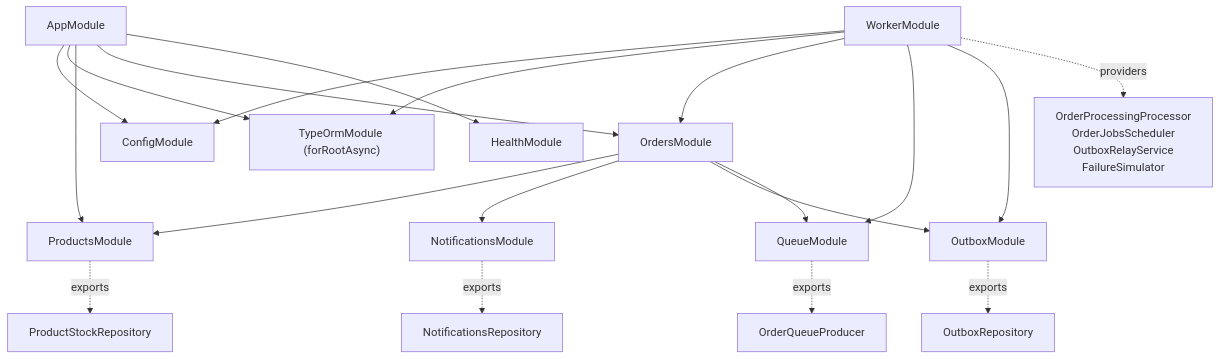
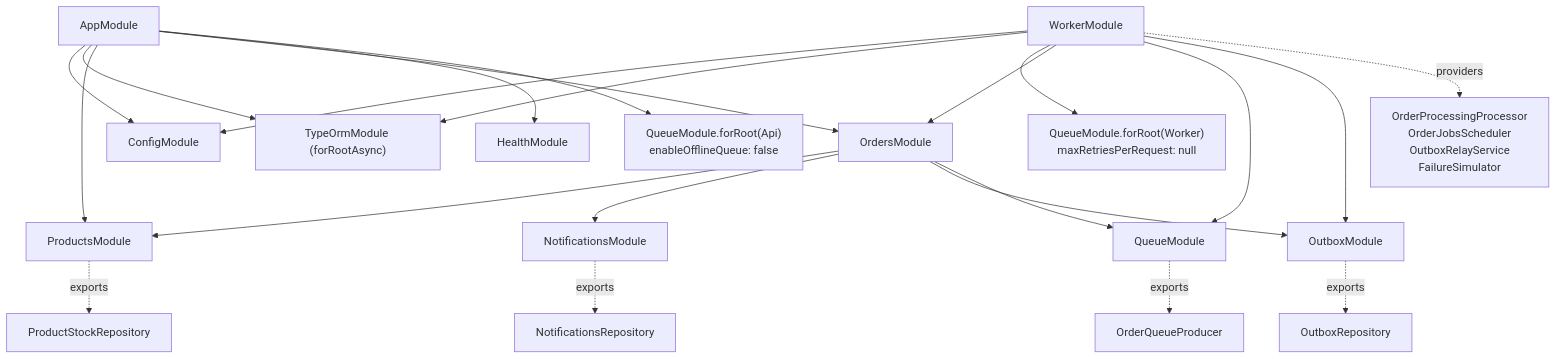
One commit to hcmus-phat/hemidi-test changed the second of 3 diagrams in docs/02-architecture.md. Above: the diagram before and after it, drawn with Mermaid. The commit also changed other lines of this file and 18 other files, not shown here.

````diff
--- a/docs/02-architecture.md
+++ b/docs/02-architecture.md
@@ -148,24 +152,26 @@
 ```mermaid
 flowchart TD
   AppModule --> ConfigModule
   AppModule --> DatabaseModule["TypeOrmModule (forRootAsync)"]
   AppModule --> ProductsModule
   AppModule --> OrdersModule
   AppModule --> HealthModule
+  AppModule --> QueueRootApi["QueueModule.forRoot(Api)<br/>enableOfflineQueue: false"]
 
   WorkerModule --> ConfigModule
   WorkerModule --> DatabaseModule
+  WorkerModule --> QueueRootWorker["QueueModule.forRoot(Worker)<br/>maxRetriesPerRequest: null"]
   WorkerModule --> OrdersModule
   WorkerModule --> QueueModule
   WorkerModule --> OutboxModule
   WorkerModule -.->|"providers"| Processor["OrderProcessingProcessor<br/>OrderJobsScheduler<br/>OutboxRelayService<br/>FailureSimulator"]
 
   OrdersModule --> ProductsModule
   OrdersModule --> NotificationsModule
   OrdersModule --> OutboxModule
   OrdersModule --> QueueModule
   QueueModule -.->|"exports"| Producer["OrderQueueProducer"]
   ProductsModule -.->|"exports"| Stock["ProductStockRepository"]
   NotificationsModule -.->|"exports"| NotiRepo["NotificationsRepository"]
   OutboxModule -.->|"exports"| OutboxRepo["OutboxRepository"]
 ```
````
